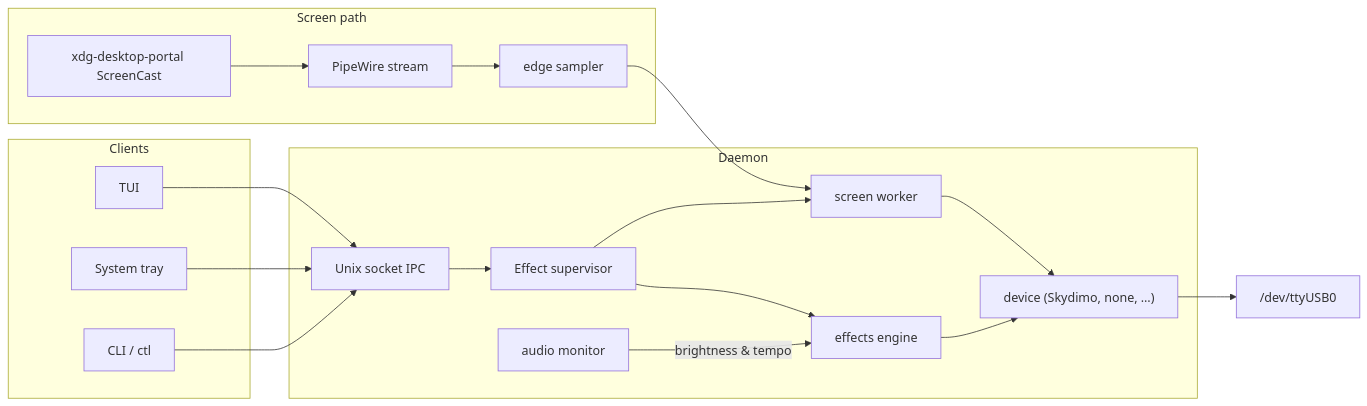
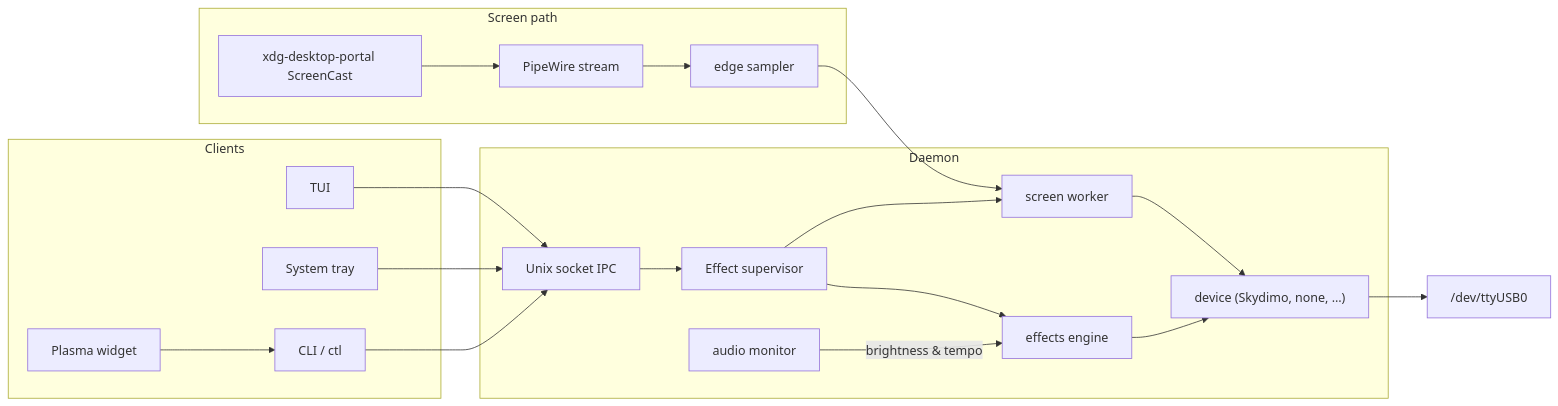
One commit to Ouzx/hyper-sync changed the diagram in README.md. Above: the diagram before and after it, drawn with Mermaid. The commit also changed other lines of this file and 14 other files, not shown here.

````diff
--- a/README.md
+++ b/README.md
@@ -26,31 +26,33 @@
 ```mermaid
 flowchart LR
   subgraph clients [Clients]
     TUI[TUI]
     TRAY[System tray]
+    WID[Plasma widget]
     CLI[CLI / ctl]
   end
 
   subgraph daemon [Daemon]
     IPC[Unix socket IPC]
     SUP[Effect supervisor]
     FX[effects engine]
     AUD[audio monitor]
     CAP[screen worker]
     DEV["device (Skydimo, none, …)"]
   end
 
   subgraph capture [Screen path]
     PORTAL[xdg-desktop-portal ScreenCast]
     PW[PipeWire stream]
     SAMP[edge sampler]
   end
 
   TUI --> IPC
   TRAY --> IPC
   CLI --> IPC
+  WID --> CLI
   IPC --> SUP --> FX --> DEV --> USB["/dev/ttyUSB0"]
   SUP --> CAP --> DEV
   PORTAL --> PW --> SAMP --> CAP
   AUD -->|brightness & tempo| FX
 ```
````
